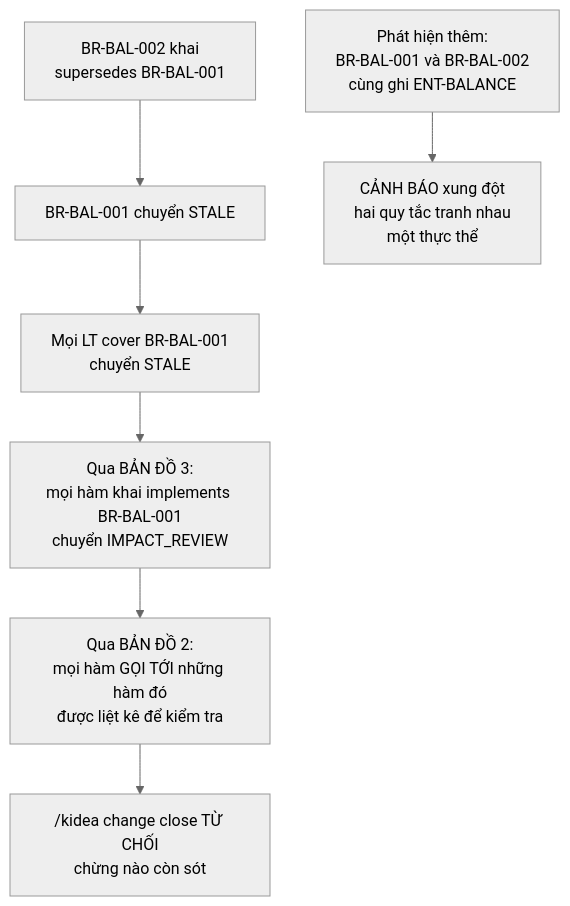
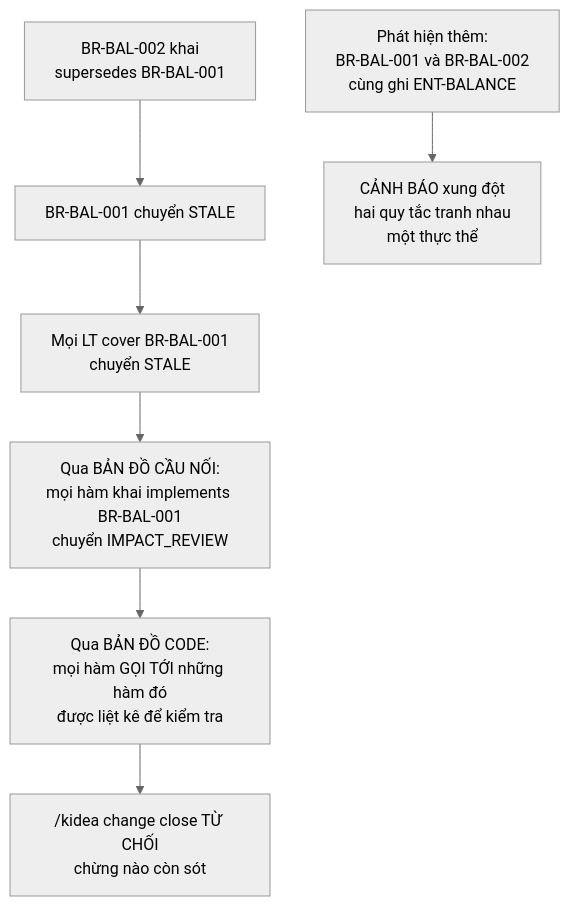
The second of 7 diagrams in design/KIDEA_SPEC.md (Kynderis/kendrick-ai-tools), drawn with Mermaid (neutral theme) before and after one commit. The commit also changed other lines of this file and 2 other files, not shown here.

````diff
--- a/design/KIDEA_SPEC.md
+++ b/design/KIDEA_SPEC.md
@@ -294,9 +294,9 @@
 ```mermaid
 flowchart TD
     A["BR-BAL-002 khai<br/>supersedes BR-BAL-001"] --> B["BR-BAL-001 chuyển STALE"]
     C["Phát hiện thêm:<br/>BR-BAL-001 và BR-BAL-002<br/>cùng ghi ENT-BALANCE"] --> D["CẢNH BÁO xung đột<br/>hai quy tắc tranh nhau<br/>một thực thể"]
     B --> E["Mọi LT cover BR-BAL-001<br/>chuyển STALE"]
-    E --> F["Qua BẢN ĐỒ 3:<br/>mọi hàm khai implements BR-BAL-001<br/>chuyển IMPACT_REVIEW"]
-    F --> G["Qua BẢN ĐỒ 2:<br/>mọi hàm GỌI TỚI những hàm đó<br/>được liệt kê để kiểm tra"]
+    E --> F["Qua BẢN ĐỒ CẦU NỐI:<br/>mọi hàm khai implements BR-BAL-001<br/>chuyển IMPACT_REVIEW"]
+    F --> G["Qua BẢN ĐỒ CODE:<br/>mọi hàm GỌI TỚI những hàm đó<br/>được liệt kê để kiểm tra"]
     G --> H["/kidea change close TỪ CHỐI<br/>chừng nào còn sót"]
 ```
````
